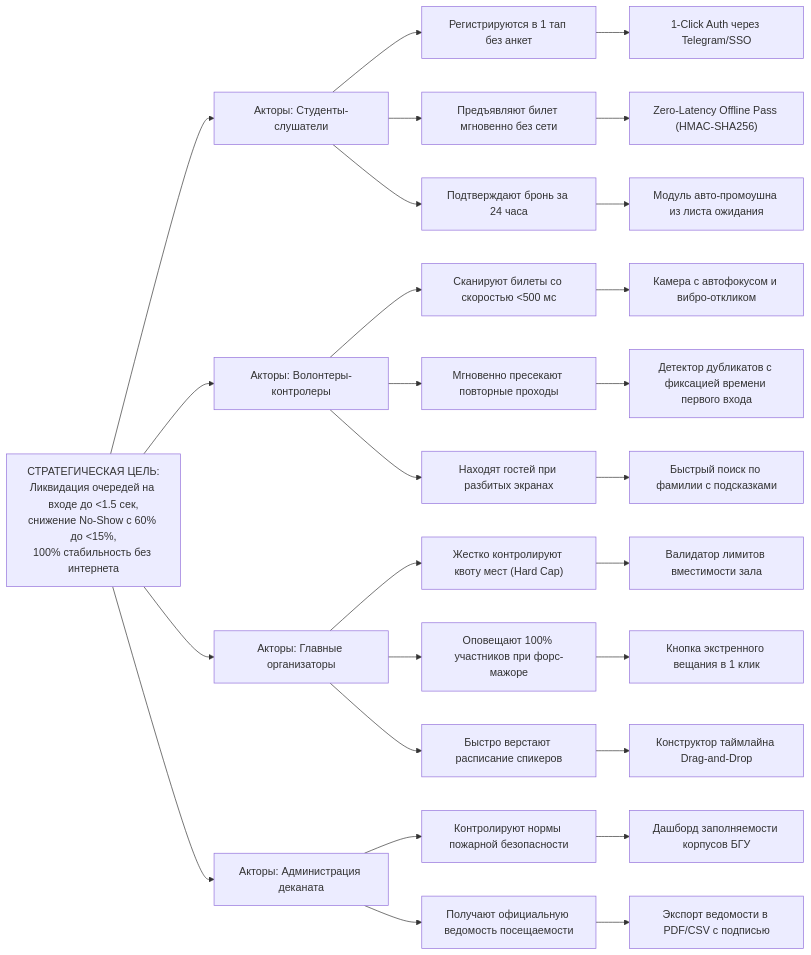
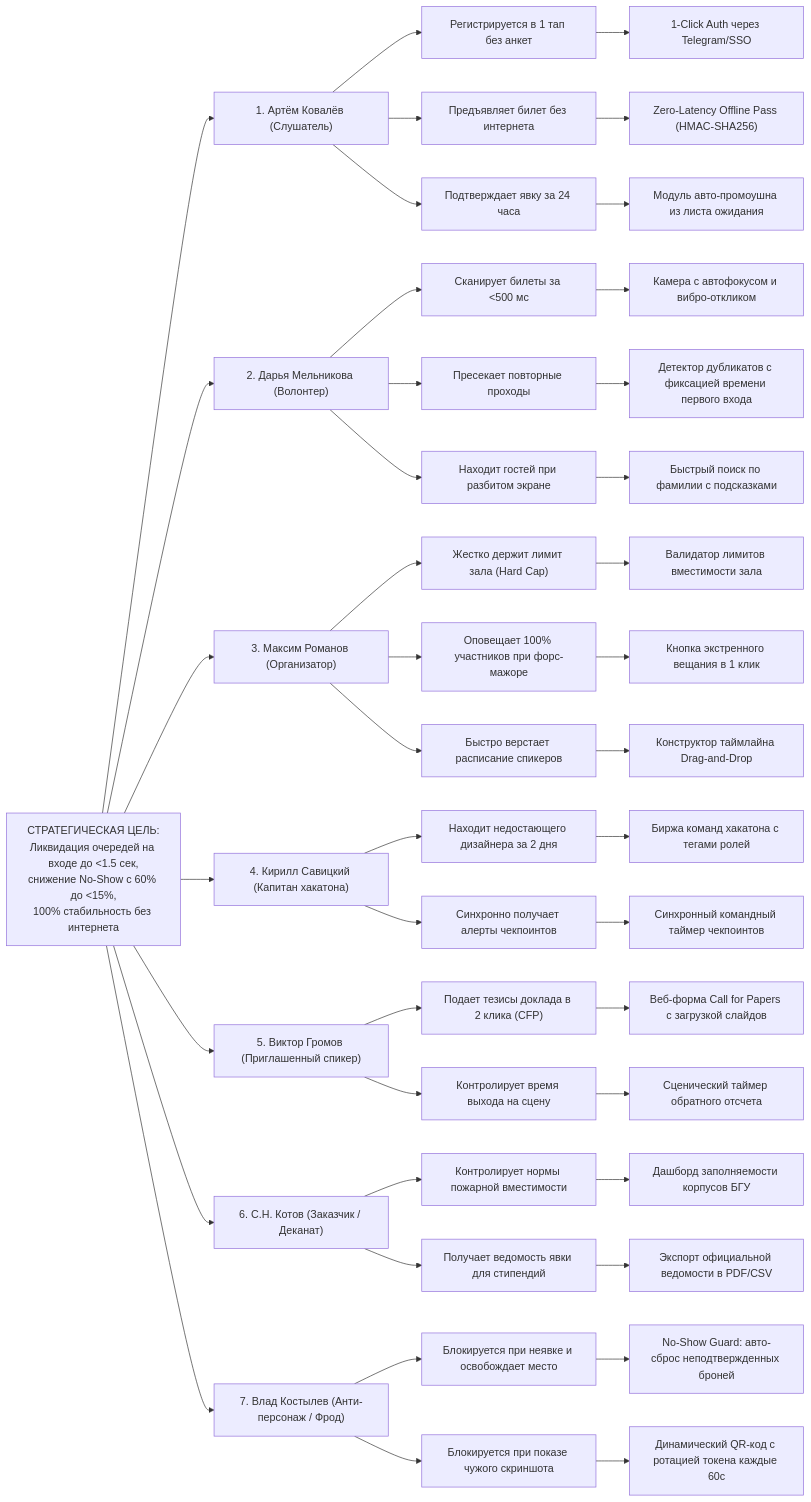
Diagram 18 of 19 in docs/reports/Lab2_report.md (fpmi-hci-2026/CampusMeet), drawn with Mermaid before and after one commit. The commit also changed other lines of this file and 10 other files, not shown here.

````diff
--- a/docs/reports/Lab2_report.md
+++ b/docs/reports/Lab2_report.md
@@ -1014,39 +978,60 @@
 ```mermaid
 flowchart LR
     Goal["СТРАТЕГИЧЕСКАЯ ЦЕЛЬ:<br/>Ликвидация очередей на входе до <1.5 сек,<br/>снижение No-Show с 60% до <15%,<br/>100% стабильность без интернета"]
 
-    Goal --> A1["Акторы: Студенты-слушатели"]
-    Goal --> A2["Акторы: Волонтеры-контролеры"]
-    Goal --> A3["Акторы: Главные организаторы"]
-    Goal --> A4["Акторы: Администрация деканата"]
+    Goal --> A1["1. Артём Ковалёв (Слушатель)"]
+    Goal --> A2["2. Дарья Мельникова (Волонтер)"]
+    Goal --> A3["3. Максим Романов (Организатор)"]
+    Goal --> A4["4. Кирилл Савицкий (Капитан хакатона)"]
+    Goal --> A5["5. Виктор Громов (Приглашенный спикер)"]
+    Goal --> A6["6. С.Н. Котов (Заказчик / Деканат)"]
+    Goal --> A7["7. Влад Костылев (Анти-персонаж / Фрод)"]
 
-    A1 --> I1_1["Регистрируются в 1 тап без анкет"]
-    A1 --> I1_2["Предъявляют билет мгновенно без сети"]
-    A1 --> I1_3["Подтверждают бронь за 24 часа"]
+    A1 --> I1_1["Регистрируется в 1 тап без анкет"]
+    A1 --> I1_2["Предъявляет билет без интернета"]
+    A1 --> I1_3["Подтверждает явку за 24 часа"]
 
-    A2 --> I2_1["Сканируют билеты со скоростью <500 мс"]
-    A2 --> I2_2["Мгновенно пресекают повторные проходы"]
-    A2 --> I2_3["Находят гостей при разбитых экранах"]
+    A2 --> I2_1["Сканирует билеты за <500 мс"]
+    A2 --> I2_2["Пресекает повторные проходы"]
+    A2 --> I2_3["Находит гостей при разбитом экране"]
 
-    A3 --> I3_1["Жестко контролируют квоту мест (Hard Cap)"]
-    A3 --> I3_2["Оповещают 100% участников при форс-мажоре"]
-    A3 --> I3_3["Быстро верстают расписание спикеров"]
+    A3 --> I3_1["Жестко держит лимит зала (Hard Cap)"]
+    A3 --> I3_2["Оповещает 100% участников при форс-мажоре"]
+    A3 --> I3_3["Быстро верстает расписание спикеров"]
 
-    A4 --> I4_1["Контролируют нормы пожарной безопасности"]
-    A4 --> I4_2["Получают официальную ведомость посещаемости"]
+    A4 --> I4_1["Находит недостающего дизайнера за 2 дня"]
+    A4 --> I4_2["Синхронно получает алерты чекпоинтов"]
+
+    A5 --> I5_1["Подает тезисы доклада в 2 клика (CFP)"]
+    A5 --> I5_2["Контролирует время выхода на сцену"]
+
+    A6 --> I6_1["Контролирует нормы пожарной вместимости"]
+    A6 --> I6_2["Получает ведомость явки для стипендий"]
+
+    A7 --> I7_1["Блокируется при неявке и освобождает место"]
+    A7 --> I7_2["Блокируется при показе чужого скриншота"]
 
     I1_1 --> D1["1-Click Auth через Telegram/SSO"]
     I1_2 --> D2["Zero-Latency Offline Pass (HMAC-SHA256)"]
     I1_3 --> D3["Модуль авто-промоушна из листа ожидания"]
 
     I2_1 --> D4["Камера с автофокусом и вибро-откликом"]
     I2_2 --> D5["Детектор дубликатов с фиксацией времени первого входа"]
     I2_3 --> D6["Быстрый поиск по фамилии с подсказками"]
 
     I3_1 --> D7["Валидатор лимитов вместимости зала"]
     I3_2 --> D8["Кнопка экстренного вещания в 1 клик"]
     I3_3 --> D9["Конструктор таймлайна Drag-and-Drop"]
 
-    I4_1 --> D10["Дашборд заполняемости корпусов БГУ"]
-    I4_2 --> D11["Экспорт ведомости в PDF/CSV с подписью"]
+    I4_1 --> D10["Биржа команд хакатона с тегами ролей"]
+    I4_2 --> D11["Синхронный командный таймер чекпоинтов"]
+
+    I5_1 --> D12["Веб-форма Call for Papers с загрузкой слайдов"]
+    I5_2 --> D13["Сценический таймер обратного отсчета"]
+
+    I6_1 --> D14["Дашборд заполняемости корпусов БГУ"]
+    I6_2 --> D15["Экспорт официальной ведомости в PDF/CSV"]
+
+    I7_1 --> D16["No-Show Guard: авто-сброс неподтвержденных броней"]
+    I7_2 --> D17["Динамический QR-код с ротацией токена каждые 60с"]
 ```
````
